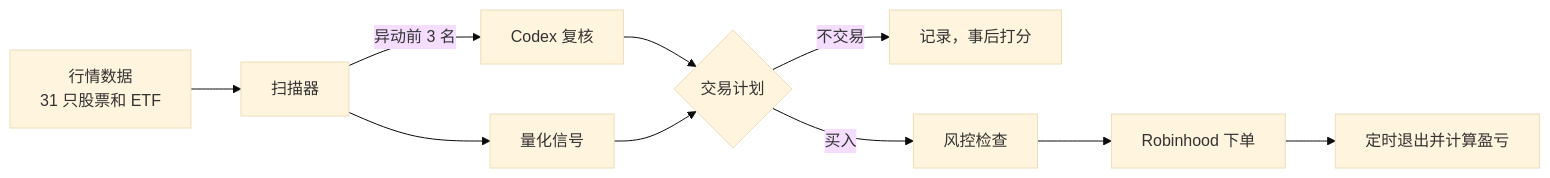
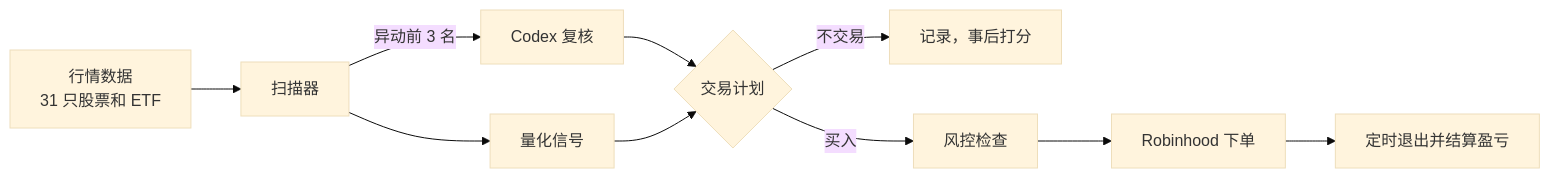
The diagram in README.zh-CN.md (danielye0010/TradeAgent), drawn with Mermaid (base theme) before and after one commit. The commit also changed other lines of this file and 21 other files, not shown here.

````diff
--- a/README.zh-CN.md
+++ b/README.zh-CN.md
@@ -21,12 +26,12 @@
 ```mermaid
 flowchart LR
     A[行情数据<br/>31 只股票和 ETF] --> B[扫描器]
     B -->|异动前 3 名| C[Codex 复核]
     B --> D[量化信号]
     C --> E{交易计划}
     D --> E
     E -->|不交易| F[记录，事后打分]
     E -->|买入| G[风控检查]
     G --> H[Robinhood 下单]
-    H --> I[定时退出并计算盈亏]
+    H --> I[定时退出并结算盈亏]
 ```
````
